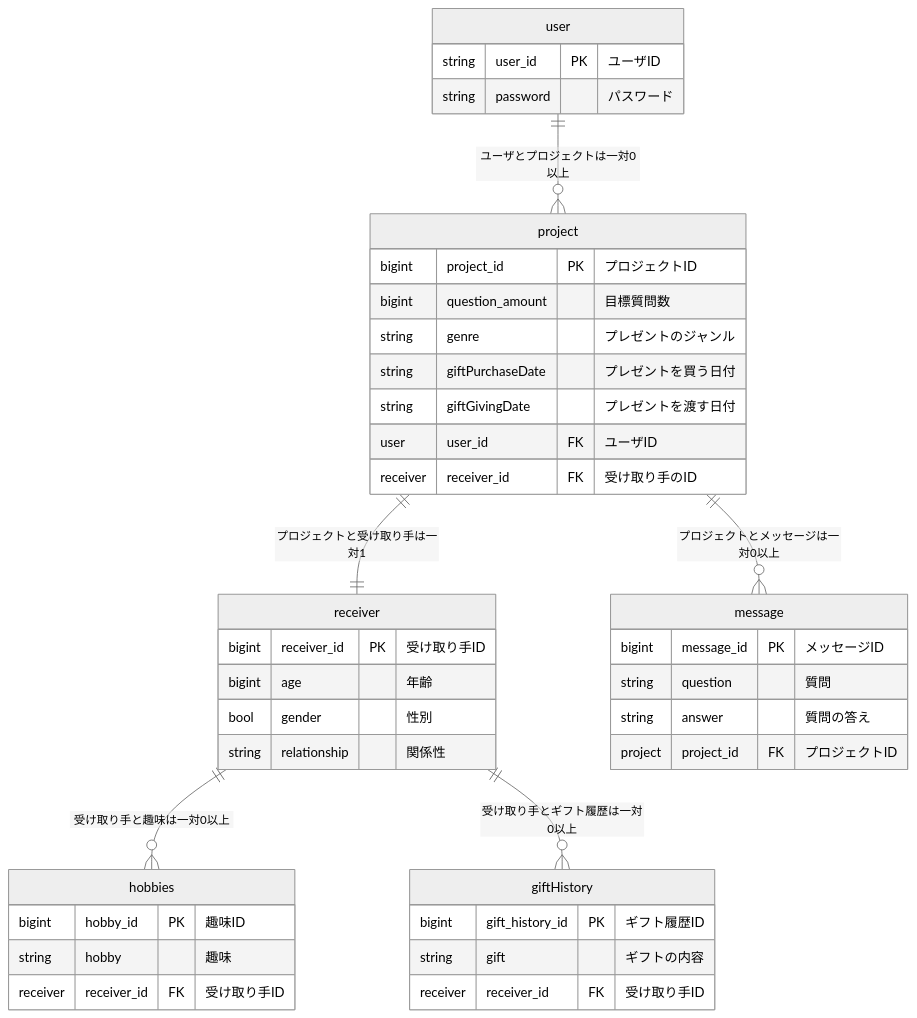
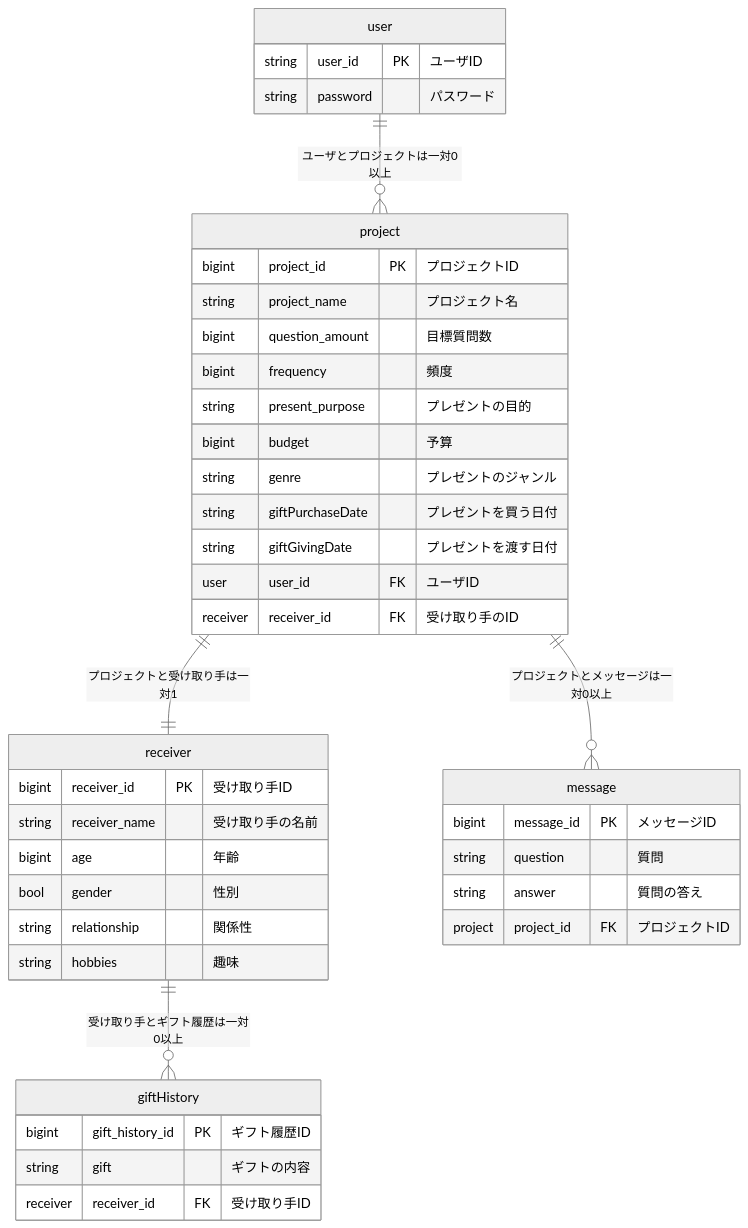
One commit to team-upliftu/UpliftU changed the diagram in README.md. Above: the diagram before and after it, drawn with Mermaid (neutral theme). The commit also changed 5 other files, not shown here.

Commit message:
ER figure revised

````diff
--- a/README.md
+++ b/README.md
@@ -24,50 +24,50 @@
 ```mermaid
 erDiagram
   user ||--o{ project : "ユーザとプロジェクトは一対0以上"
   project ||--|| receiver : "プロジェクトと受け取り手は一対1"
   project ||--o{ message : "プロジェクトとメッセージは一対0以上"
-  receiver ||--o{ hobbies : "受け取り手と趣味は一対0以上"
   receiver ||--o{ giftHistory : "受け取り手とギフト履歴は一対0以上"
 
   user {
     string user_id PK "ユーザID"
     string password "パスワード"
-
   }
 
-  hobbies {
-    bigint hobby_id PK "趣味ID"
-    string hobby "趣味"
-    receiver receiver_id FK "受け取り手ID"
-  }
 
   receiver {
     bigint receiver_id PK "受け取り手ID"
+    string receiver_name "受け取り手の名前"
     bigint age "年齢"
     bool gender "性別"
     string relationship "関係性"
+    string hobbies "趣味"
   }
 
   project {
     bigint project_id PK "プロジェクトID"
+    string project_name "プロジェクト名"
     bigint question_amount "目標質問数"
+    bigint frequency "頻度"
+    string present_purpose "プレゼントの目的"
+    bigint budget "予算"
     string genre "プレゼントのジャンル"
     string giftPurchaseDate "プレゼントを買う日付"
     string giftGivingDate "プレゼントを渡す日付"
     user user_id FK "ユーザID"
     receiver receiver_id FK "受け取り手のID"
+
   }
 
   message {
     bigint message_id PK "メッセージID"
     string question "質問"
     string answer "質問の答え"
     project project_id FK "プロジェクトID"  
   }
 
   giftHistory {
     bigint gift_history_id PK "ギフト履歴ID"  
     string gift "ギフトの内容"
     receiver receiver_id FK "受け取り手ID"
   }
 ```
````
